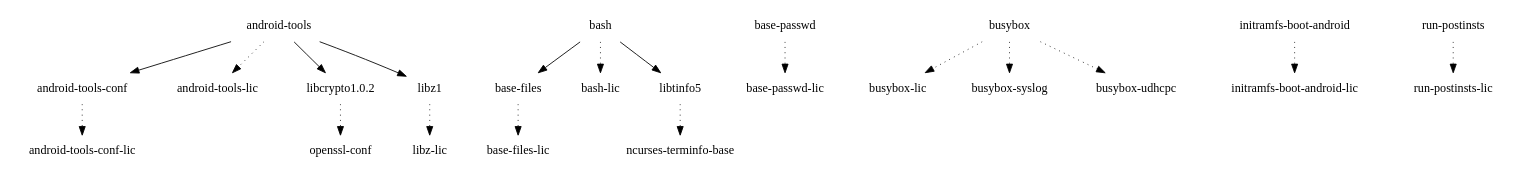
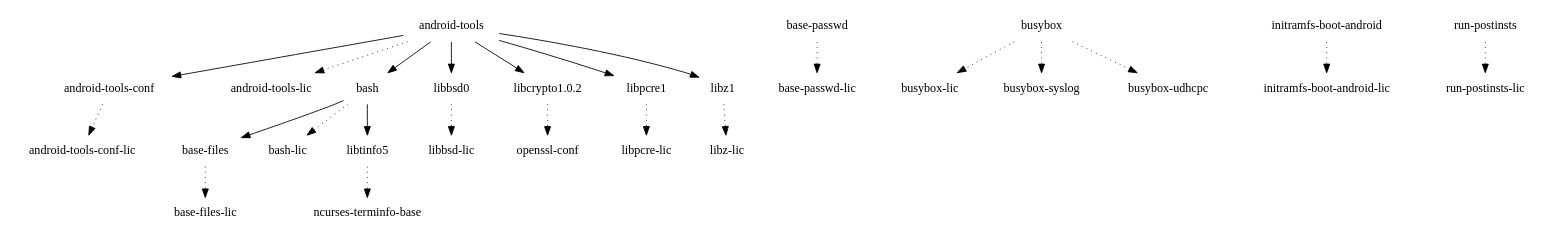
Before and after one commit to webOS-ports/buildhistory: the diagram in images/hammerhead/glibc/initramfs-android-image/depends-nokernel-nolibc-noupdate.dot, drawn with Graphviz. The commit also changed 24 other files, not shown here.

```diff
--- a/images/hammerhead/glibc/initramfs-android-image/depends-nokernel-nolibc-noupdate.dot
+++ b/images/hammerhead/glibc/initramfs-android-image/depends-nokernel-nolibc-noupdate.dot
@@ -1,21 +1,26 @@
 digraph depends {
     node [shape=plaintext]
 "android-tools" -> "android-tools-conf"
 "android-tools" -> "android-tools-lic" [style=dotted]
+"android-tools" -> "bash"
 "android-tools-conf" -> "android-tools-conf-lic" [style=dotted]
+"android-tools" -> "libbsd0"
 "android-tools" -> "libcrypto1.0.2"
+"android-tools" -> "libpcre1"
 "android-tools" -> "libz1"
 "base-files" -> "base-files-lic" [style=dotted]
 "base-passwd" -> "base-passwd-lic" [style=dotted]
 "bash" -> "base-files"
 "bash" -> "bash-lic" [style=dotted]
 "bash" -> "libtinfo5"
 "busybox" -> "busybox-lic" [style=dotted]
 "busybox" -> "busybox-syslog" [style=dotted]
 "busybox" -> "busybox-udhcpc" [style=dotted]
 "initramfs-boot-android" -> "initramfs-boot-android-lic" [style=dotted]
+"libbsd0" -> "libbsd-lic" [style=dotted]
 "libcrypto1.0.2" -> "openssl-conf" [style=dotted]
+"libpcre1" -> "libpcre-lic" [style=dotted]
 "libtinfo5" -> "ncurses-terminfo-base" [style=dotted]
 "libz1" -> "libz-lic" [style=dotted]
 "run-postinsts" -> "run-postinsts-lic" [style=dotted]
 }
```
